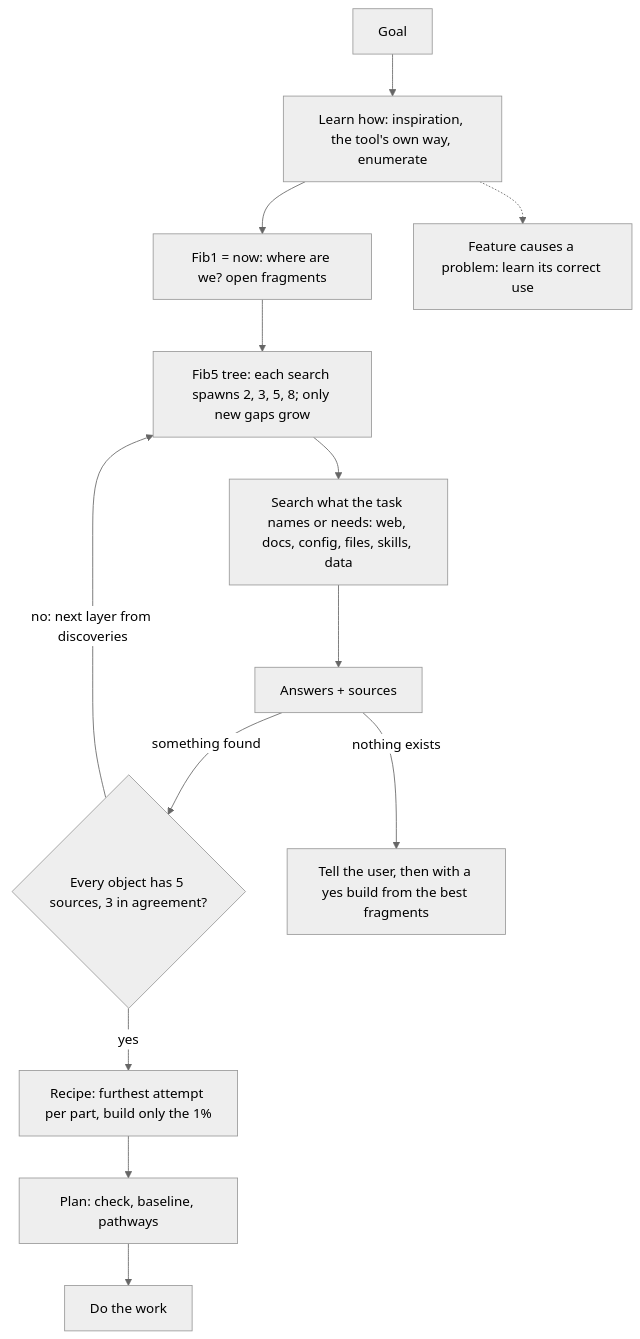
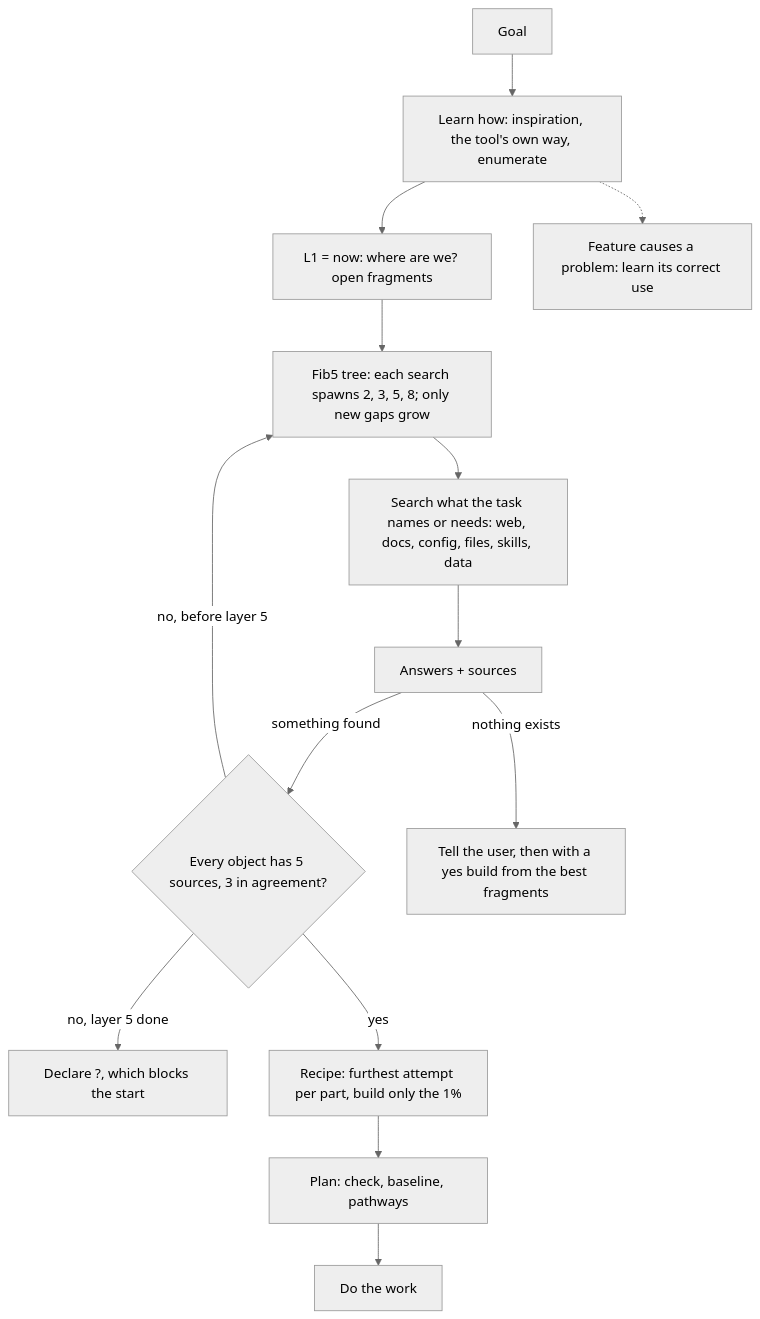
One commit to SolenixAI/arbiter changed the fourth of 14 diagrams in AGENTS.md. Above: the diagram before and after it, drawn with Mermaid (neutral theme). The commit also changed other lines of this file, not shown here.

````diff
--- a/AGENTS.md
+++ b/AGENTS.md
@@ -182,9 +184,10 @@
 ```mermaid
 flowchart TD
-  G[Goal] --> L[Learn how: inspiration, the tool's own way, enumerate] --> F1["Fib1 = now: where are we? open fragments"] --> Q["Fib5 tree: each search spawns 2, 3, 5, 8; only new gaps grow"] --> S[Search what the task names or needs: web, docs, config, files, skills, data]
+  G[Goal] --> L[Learn how: inspiration, the tool's own way, enumerate] --> F1["L1 = now: where are we? open fragments"] --> Q["Fib5 tree: each search spawns 2, 3, 5, 8; only new gaps grow"] --> S[Search what the task names or needs: web, docs, config, files, skills, data]
   S --> A[Answers + sources] -->|something found| N{Every object has 5 sources, 3 in agreement?}
-  N -->|no: next layer from discoveries| Q
+  N -->|no, before layer 5| Q
+  N -->|no, layer 5 done| X3["Declare ?, which blocks the start"]
   N -->|yes| R[Recipe: furthest attempt per part, build only the 1%] --> P[Plan: check, baseline, pathways] --> B[Do the work]
   A -->|nothing exists| U[Tell the user, then with a yes build from the best fragments]
   L -.-> NB[Feature causes a problem: learn its correct use]
 ```
````
